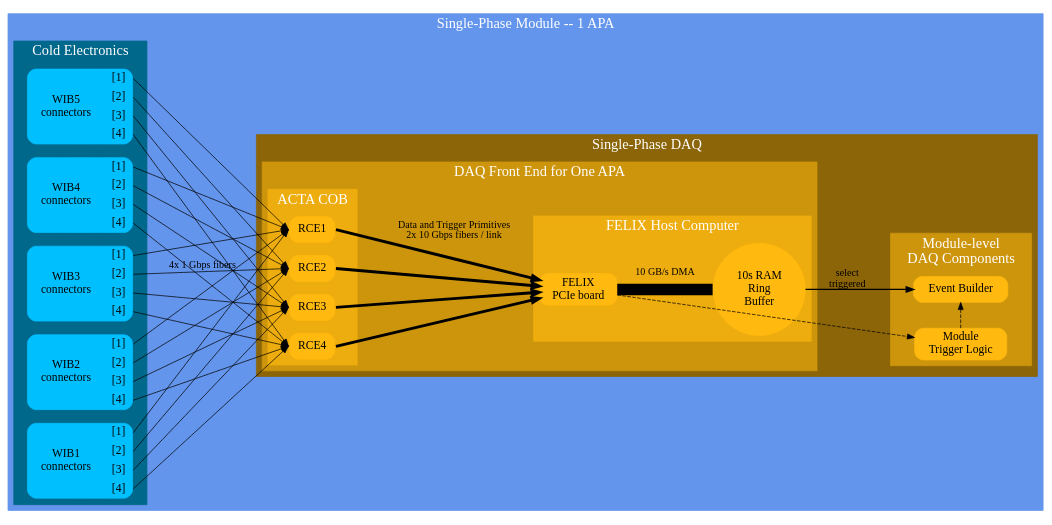
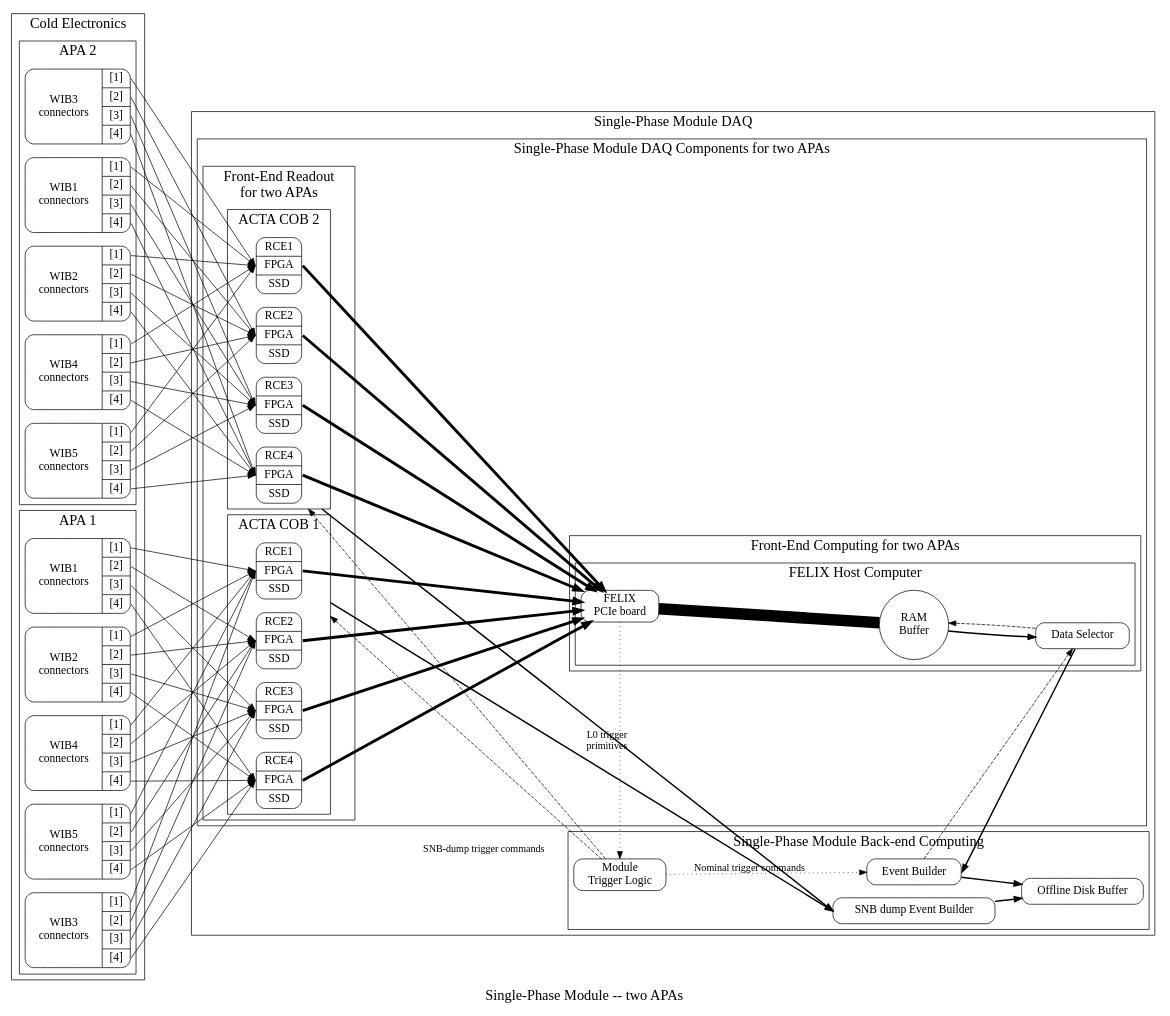
One commit to maricicj/Technical-Proposal changed the diagram in far-detector-single-phase/figures/daq-readout-buffering-baseline.dot. Above: the diagram before and after it, drawn with Graphviz. The commit also changed 5 other files, not shown here.

Commit message:
Remove color from diagrams, try to generalize and simplify and incorporate the changes discussed at today's HW meeting w.r.t. the SNB dumps.

```diff
--- a/far-detector-single-phase/figures/daq-readout-buffering-baseline.dot
+++ b/far-detector-single-phase/figures/daq-readout-buffering-baseline.dot
@@ -1,89 +1,163 @@
 digraph top {
-        graph[color=cornflowerblue,compound=true,ordering=out,fontcolor=white,splines=false,layout=dot,rankdir=LR,style=filled,fontsize=20];
-        node[shape=box,style="rounded,filled",color=darkgoldenrod1,fontsize=16];
+        graph[compound=true,ordering=out,splines=false,layout=dot,rankdir=LR,fontsize=20];
+        node[shape=box,style="rounded",fontsize=16];
+        label="Single-Phase Module -- two APAs";
+        
+        subgraph cluster_wibs {
+                label="Cold Electronics";
+                subgraph cluster_apa2 {
+                        label="APA 2";
+                        node[shape=record];
+                        wib21[label="{WIB1\nconnectors|{<c1>[1]|<c2>[2]|<c3>[3]|<c4>[4]}}"];
+                        wib22[label="{WIB2\nconnectors|{<c1>[1]|<c2>[2]|<c3>[3]|<c4>[4]}}"];
+                        wib23[label="{WIB3\nconnectors|{<c1>[1]|<c2>[2]|<c3>[3]|<c4>[4]}}"];
+                        wib24[label="{WIB4\nconnectors|{<c1>[1]|<c2>[2]|<c3>[3]|<c4>[4]}}"];
+                        wib25[label="{WIB5\nconnectors|{<c1>[1]|<c2>[2]|<c3>[3]|<c4>[4]}}"];
+                }
+                subgraph cluster_apa1 {
+                        label="APA 1";
+                        node[shape=record];
+                        wib11[label="{WIB1\nconnectors|{<c1>[1]|<c2>[2]|<c3>[3]|<c4>[4]}}"];
+                        wib12[label="{WIB2\nconnectors|{<c1>[1]|<c2>[2]|<c3>[3]|<c4>[4]}}"];
+                        wib13[label="{WIB3\nconnectors|{<c1>[1]|<c2>[2]|<c3>[3]|<c4>[4]}}"];
+                        wib14[label="{WIB4\nconnectors|{<c1>[1]|<c2>[2]|<c3>[3]|<c4>[4]}}"];
+                        wib15[label="{WIB5\nconnectors|{<c1>[1]|<c2>[2]|<c3>[3]|<c4>[4]}}"];
+                }
+        }
         subgraph cluster_sp{
-                label="Single-Phase Module -- 1 APA";
-                subgraph cluster_wibs {
-                        label="Cold Electronics";
-                        graph[color=deepskyblue4];
-                        node[shape=record,color=deepskyblue];
-                        wib1[label="{WIB1\nconnectors|{<c1>[1]|<c2>[2]|<c3>[3]|<c4>[4]}}"];
-                        wib2[label="{WIB2\nconnectors|{<c1>[1]|<c2>[2]|<c3>[3]|<c4>[4]}}"];
-                        wib3[label="{WIB3\nconnectors|{<c1>[1]|<c2>[2]|<c3>[3]|<c4>[4]}}"];
-                        wib4[label="{WIB4\nconnectors|{<c1>[1]|<c2>[2]|<c3>[3]|<c4>[4]}}"];
-                        wib5[label="{WIB5\nconnectors|{<c1>[1]|<c2>[2]|<c3>[3]|<c4>[4]}}"];
-                }
+                label="Single-Phase Module DAQ";
+                
                 subgraph cluster_daqsp{
-                        label="Single-Phase DAQ"
-                        graph[color=darkgoldenrod4];
-                        node[color=darkgoldenrod1];
-                        subgraph cluster_daqfe{
-                                label="DAQ Front End for One APA";
-                                graph[color=darkgoldenrod3]
-                                node[color=darkgoldenrod1]
-                                subgraph cluster_rces {
-                                        label="ACTA COB";
-                                        graph[color=darkgoldenrod2]
-                                        rce1[label="RCE1"];
-                                        rce2[label="RCE2"];
-                                        rce3[label="RCE3"];
-                                        rce4[label="RCE4"];
+                        label="Single-Phase Module DAQ Components for two APAs"
+                        subgraph cluster_ferohw{
+                                label="Front-End Readout\nfor two APAs";
+                                subgraph cluster_rces2 {
+                                        label="ACTA COB 2";
+                                        node[shape=record];
+                                        rce21[label="{{RCE1|FPGA|SSD}}"];
+                                        rce22[label="{{RCE2|FPGA|SSD}}"];
+                                        rce23[label="{{RCE3|FPGA|SSD}}"];
+                                        rce24[label="{{RCE4|FPGA|SSD}}"];
                                 }
+                                subgraph cluster_rces1 {
+                                        label="ACTA COB 1";
+                                        node[shape=record];
+                                        rce11[label="{{RCE1|FPGA|SSD}}"];
+                                        rce12[label="{{RCE2|FPGA|SSD}}"];
+                                        rce13[label="{{RCE3|FPGA|SSD}}"];
+                                        rce14[label="{{RCE4|FPGA|SSD}}"];
+                                }
+                        }
+                        subgraph cluster_fecomp{
+                                label="Front-End Computing for two APAs";
                                 subgraph cluster_felixpc {
                                         label="FELIX Host Computer";
-                                        graph[color=darkgoldenrod2]
                                         felix[label="FELIX\nPCIe board"];
-                                        ring[shape=circle,label="10s RAM\nRing\nBuffer"];
+                                        ring[shape=circle,label="RAM\nBuffer"];
+                                        selector[label="Data Selector"];
+                                        
                                 }
                         }
-                        subgraph cluster_daqblob {
-                                graph[color=darkgoldenrod3];
-                                label="Module-level\nDAQ Components";
-                                eb[label="Event Builder"];
-                                mtl[label="Module\nTrigger Logic"];
-                        }
+                }
+                subgraph cluster_daqblob {
+                        label="Single-Phase Module Back-end Computing";
+                        labelloc=top;
                         
+                        eb[label="Event Builder"];
+                        mtl[label="Module\nTrigger Logic"];
+                        disk[label="Offline Disk Buffer"];
+                        snbeb[label="SNB dump Event Builder"];
                 }
         }
-        wib1:c1->rce1:w;
-        wib1:c2->rce2:w;
-        wib1:c3->rce3:w;
-        wib1:c4->rce4:w;
+        wib11:c1->rce11:w;
+        wib11:c2->rce12:w;
+        wib11:c3->rce13:w;
+        wib11:c4->rce14:w;
 
-        wib2:c1->rce1:w;
-        wib2:c2->rce2:w;
-        wib2:c3->rce3:w;
-        wib2:c4->rce4:w;
+        wib12:c1->rce11:w;
+        wib12:c2->rce12:w;
+        wib12:c3->rce13:w;
+        wib12:c4->rce14:w;
 
-        wib3:c1->rce1:w;
-        wib3:c2->rce2:w[label="4x 1 Gbps fibers"];
-        wib3:c3->rce3:w;
-        wib3:c4->rce4:w;
+        wib13:c1->rce11:w;
+        wib13:c2->rce12:w;
+        wib13:c3->rce13:w;
+        wib13:c4->rce14:w;
 
-        wib4:c1->rce1:w;
-        wib4:c2->rce2:w;
-        wib4:c3->rce3:w;
-        wib4:c4->rce4:w;
+        wib14:c1->rce11:w;
+        wib14:c2->rce12:w;
+        wib14:c3->rce13:w;
+        wib14:c4->rce14:w;
 
-        wib5:c1->rce1:w;
-        wib5:c2->rce2:w;
-        wib5:c3->rce3:w;
-        wib5:c4->rce4:w;
+        wib15:c1->rce11:w;
+        wib15:c2->rce12:w;
+        wib15:c3->rce13:w;
+        wib15:c4->rce14:w;
+        
+        wib21:c1->rce21:w;
+        wib21:c2->rce22:w;
+        wib21:c3->rce23:w;
+        wib21:c4->rce24:w;
+
+        wib22:c1->rce21:w;
+        wib22:c2->rce22:w;
+        wib22:c3->rce23:w;
+        wib22:c4->rce24:w;
+
+        wib23:c1->rce21:w;
+        wib23:c2->rce22:w;
+        wib23:c3->rce23:w;
+        wib23:c4->rce24:w;
+
+        wib24:c1->rce21:w;
+        wib24:c2->rce22:w;
+        wib24:c3->rce23:w;
+        wib24:c4->rce24:w;
+
+        wib25:c1->rce21:w;
+        wib25:c2->rce22:w;
+        wib25:c3->rce23:w;
+        wib25:c4->rce24:w;
         
         edge[penwidth=4];
 
-        rce1:e->felix[label="Data and Trigger Primitives\n2x 10 Gbps fibers / link"];
-        rce2:e->felix;
-        rce3:e->felix;
-        rce4:e->felix[label=""];
+        //[label="Data and Trigger Primitives\n2x 10 Gbps fibers / link"];
+        rce11:e->felix;
+        rce12:e->felix;
+        rce13:e->felix;
+        rce14:e->felix;
+
+        rce21:e->felix;
+        rce22:e->felix;
+        rce23:e->felix;
+        rce24:e->felix;
         
         edge[penwidth=16,dir=none];
-        felix->ring[label="10 GB/s DMA\n\n"];
+        felix->ring;
 
         edge[penwidth=2,dir=forward];
-        ring->eb[label="select\ntriggered"];
+        ring->selector;
+        selector->eb:e;
+        eb->disk;
+
+        rce11->snbeb:w[constraint=false,ltail=cluster_rces1];
+        rce24->snbeb:w[constraint=false,ltail=cluster_rces2];
+        snbeb->disk;
         
-        edge[penwidth=1,style=dashed,constraint=false];
-        felix->mtl;
-        mtl->eb;
+        
+        edge[penwidth=1,style=dashed];
+        eb->selector;
+        selector->ring;
+        
+
+        edge[penwidth=1,style=dotted];
+        felix->mtl[label="L0 trigger\n primitives"];
+        
+        mtl->eb[label="Nominal trigger commands"];
+
+
+        // Send trigger back to each rce
+        edge[penwidth=1,style=dashed];
+        mtl->rce11[lhead=cluster_rces1,label="SNB-dump trigger commands"];
+        mtl->rce24[lhead=cluster_rces2];
 }
```
